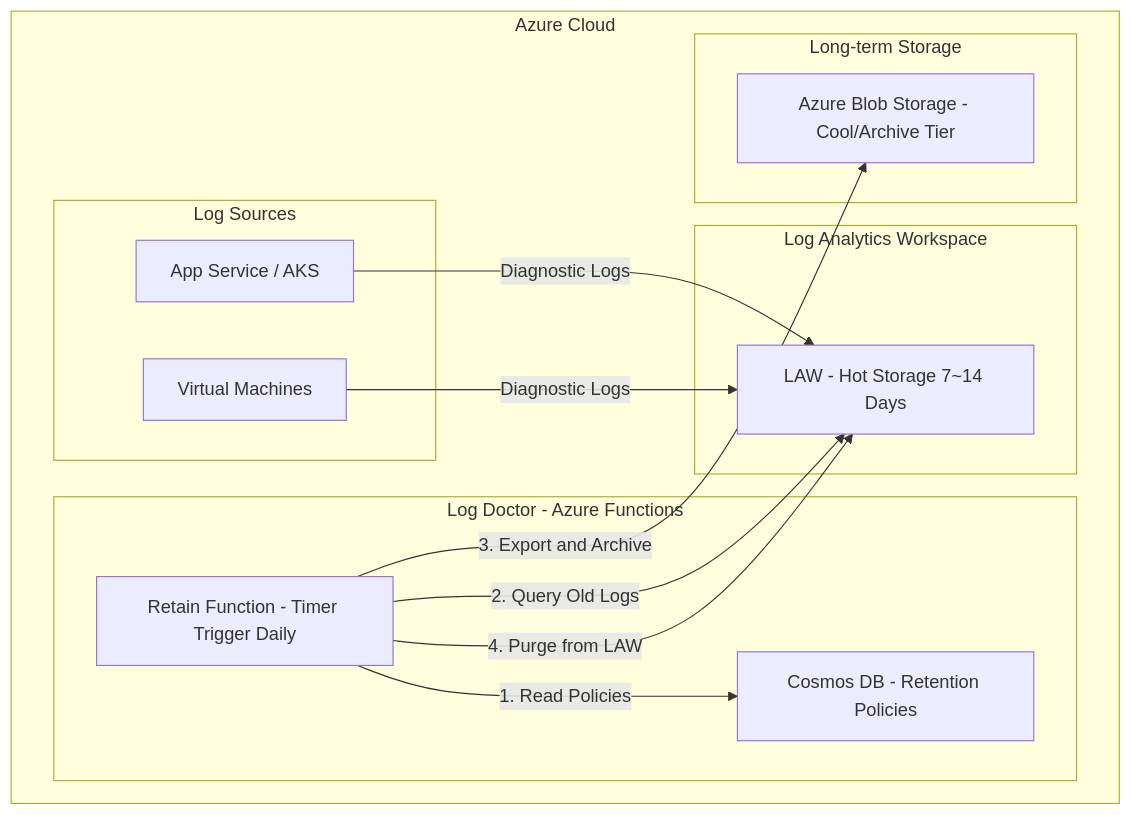
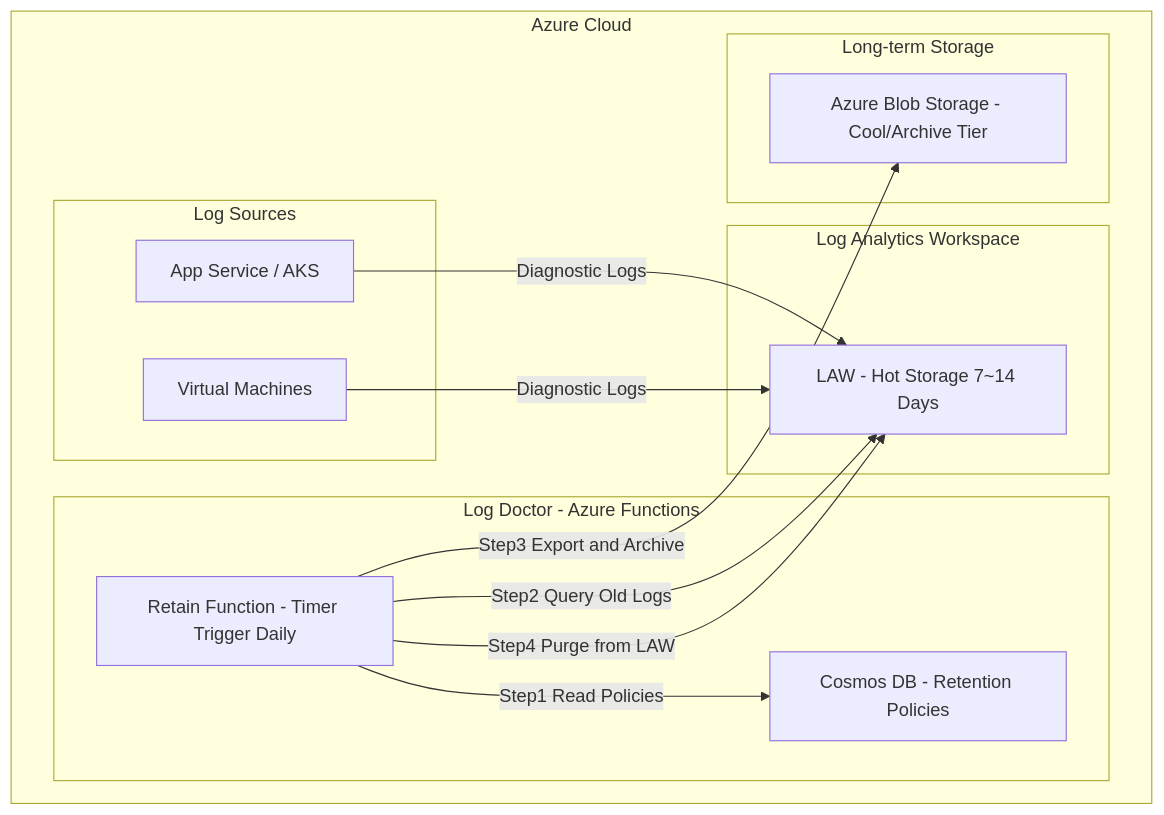
Before and after one commit to chjcmy/study: the first of 8 diagrams in azure/projects/log-doctor-plan.md, drawn with Mermaid.

Commit message:
2026-02-23 15:48:18: ...

````diff
--- a/azure/projects/log-doctor-plan.md
+++ b/azure/projects/log-doctor-plan.md
@@ -15,29 +15,29 @@
 ```mermaid
 graph TB
     subgraph Azure Cloud
         subgraph Log Sources
             AppService["App Service / AKS"]
             VM["Virtual Machines"]
         end
 
         subgraph Log Analytics Workspace
             LAW["LAW - Hot Storage 7~14 Days"]
         end
 
         subgraph Log Doctor - Azure Functions
             RetainFn["Retain Function - Timer Trigger Daily"]
             PolicyDB["Cosmos DB - Retention Policies"]
         end
 
         subgraph Long-term Storage
             Blob["Azure Blob Storage - Cool/Archive Tier"]
         end
     end
 
     AppService -->|Diagnostic Logs| LAW
     VM -->|Diagnostic Logs| LAW
-    RetainFn -->|1. Read Policies| PolicyDB
-    RetainFn -->|2. Query Old Logs| LAW
-    RetainFn -->|3. Export and Archive| Blob
-    RetainFn -->|4. Purge from LAW| LAW
+    RetainFn -->|Step1 Read Policies| PolicyDB
+    RetainFn -->|Step2 Query Old Logs| LAW
+    RetainFn -->|Step3 Export and Archive| Blob
+    RetainFn -->|Step4 Purge from LAW| LAW
 ```
````
